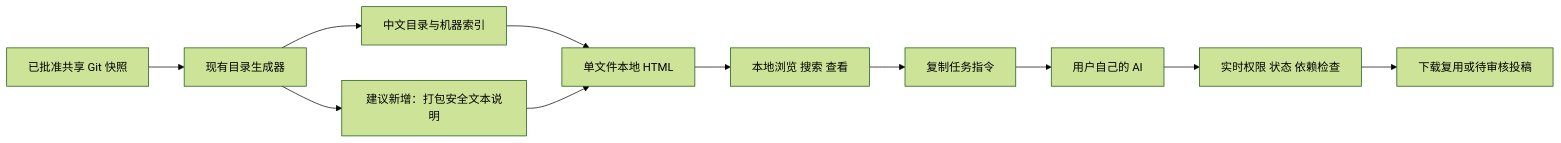
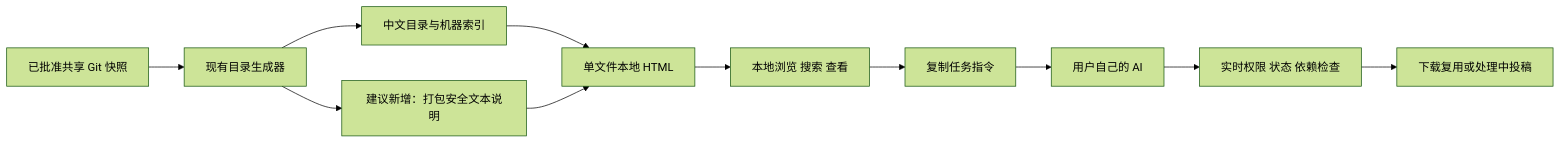
Before and after one commit to WWWWWWWWMWWWWMWW/team-ai-library: the diagram in docs/LOCAL_WEB_PLAN.md, drawn with Mermaid (forest theme). The commit also changed other lines of this file and 27 other files, not shown here.

````diff
--- a/docs/LOCAL_WEB_PLAN.md
+++ b/docs/LOCAL_WEB_PLAN.md
@@ -147,13 +147,13 @@
 ```mermaid
 flowchart LR
   A[已批准共享 Git 快照] --> B[现有目录生成器]
   B --> C[中文目录与机器索引]
   B --> D[建议新增：打包安全文本说明]
   C --> E[单文件本地 HTML]
   D --> E
   E --> F[本地浏览 搜索 查看]
   F --> G[复制任务指令]
   G --> H[用户自己的 AI]
   H --> I[实时权限 状态 依赖检查]
-  I --> J[下载复用或待审核投稿]
+  I --> J[下载复用或处理中投稿]
 ```
````
